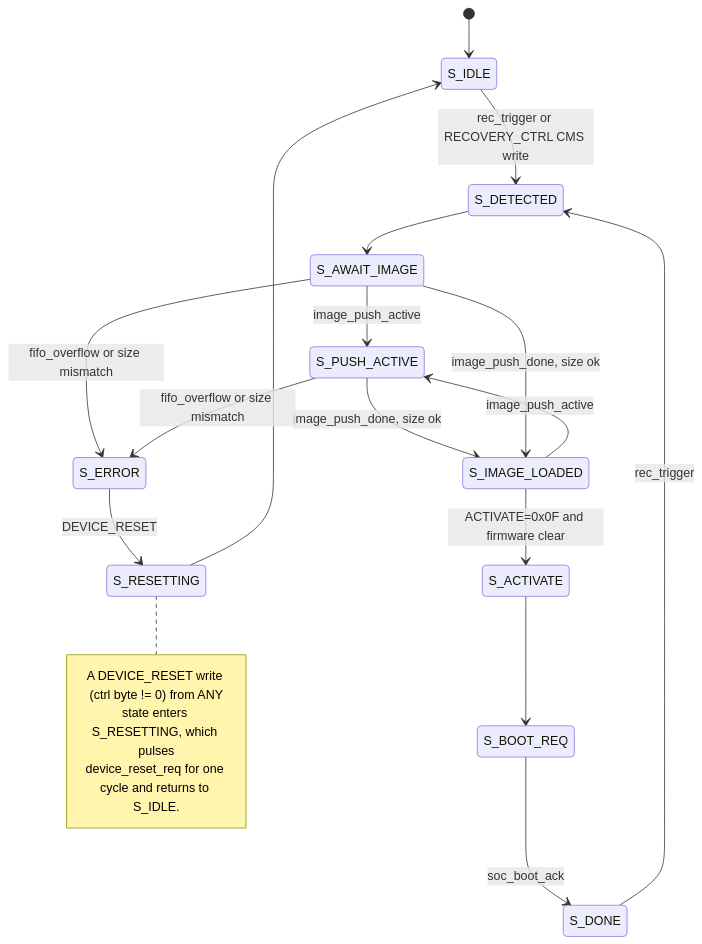
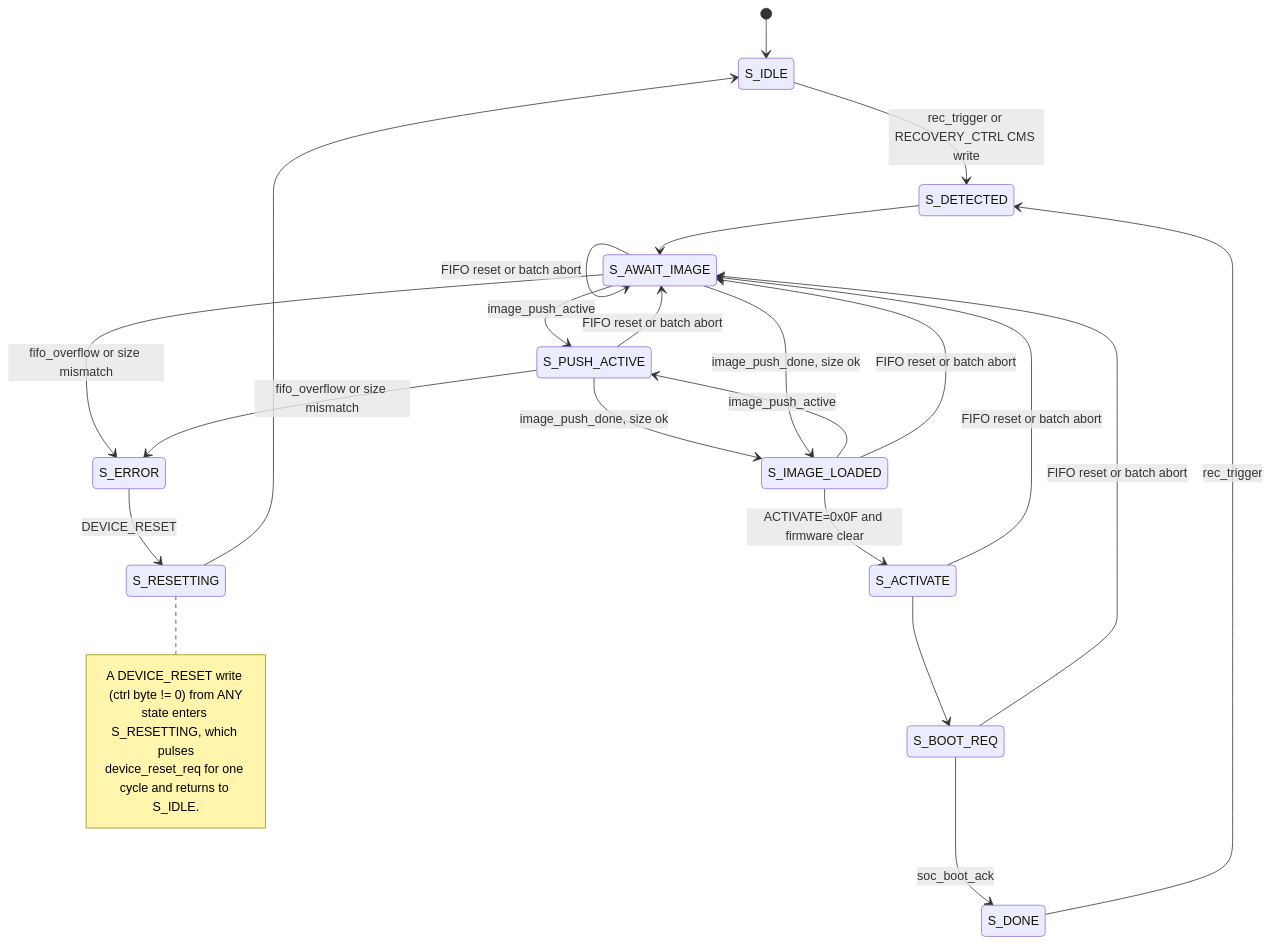
Before and after one commit to chipsalliance/caliptra-ss: the third of 3 diagrams in docs/usb2_recovery_spec/README.md, drawn with Mermaid. The commit also changed other lines of this file, not shown here.

Commit message:
Update USB OCP Recovery logic microarchitecture with FIFO details and abort/flush/retry semantics

````diff
--- a/docs/usb2_recovery_spec/README.md
+++ b/docs/usb2_recovery_spec/README.md
@@ -224,24 +230,29 @@
 ```mermaid
 stateDiagram-v2
     [*] --> S_IDLE
     S_IDLE --> S_DETECTED: rec_trigger or RECOVERY_CTRL CMS write
     S_DETECTED --> S_AWAIT_IMAGE
     S_AWAIT_IMAGE --> S_PUSH_ACTIVE: image_push_active
     S_PUSH_ACTIVE --> S_IMAGE_LOADED: image_push_done, size ok
     S_IMAGE_LOADED --> S_PUSH_ACTIVE: image_push_active
     S_AWAIT_IMAGE --> S_IMAGE_LOADED: image_push_done, size ok
     S_IMAGE_LOADED --> S_ACTIVATE: ACTIVATE=0x0F and firmware clear
     S_ACTIVATE --> S_BOOT_REQ
     S_BOOT_REQ --> S_DONE: soc_boot_ack
     S_DONE --> S_DETECTED: rec_trigger
     S_AWAIT_IMAGE --> S_ERROR: fifo_overflow or size mismatch
     S_PUSH_ACTIVE --> S_ERROR: fifo_overflow or size mismatch
+    S_AWAIT_IMAGE --> S_AWAIT_IMAGE: FIFO reset or batch abort
+    S_PUSH_ACTIVE --> S_AWAIT_IMAGE: FIFO reset or batch abort
+    S_IMAGE_LOADED --> S_AWAIT_IMAGE: FIFO reset or batch abort
+    S_ACTIVATE --> S_AWAIT_IMAGE: FIFO reset or batch abort
+    S_BOOT_REQ --> S_AWAIT_IMAGE: FIFO reset or batch abort
     S_RESETTING --> S_IDLE
     S_ERROR --> S_RESETTING: DEVICE_RESET
 
     note right of S_RESETTING
       A DEVICE_RESET write (ctrl byte != 0) from ANY
       state enters S_RESETTING, which pulses
       device_reset_req for one cycle and returns to S_IDLE.
     end note
 ```
````
